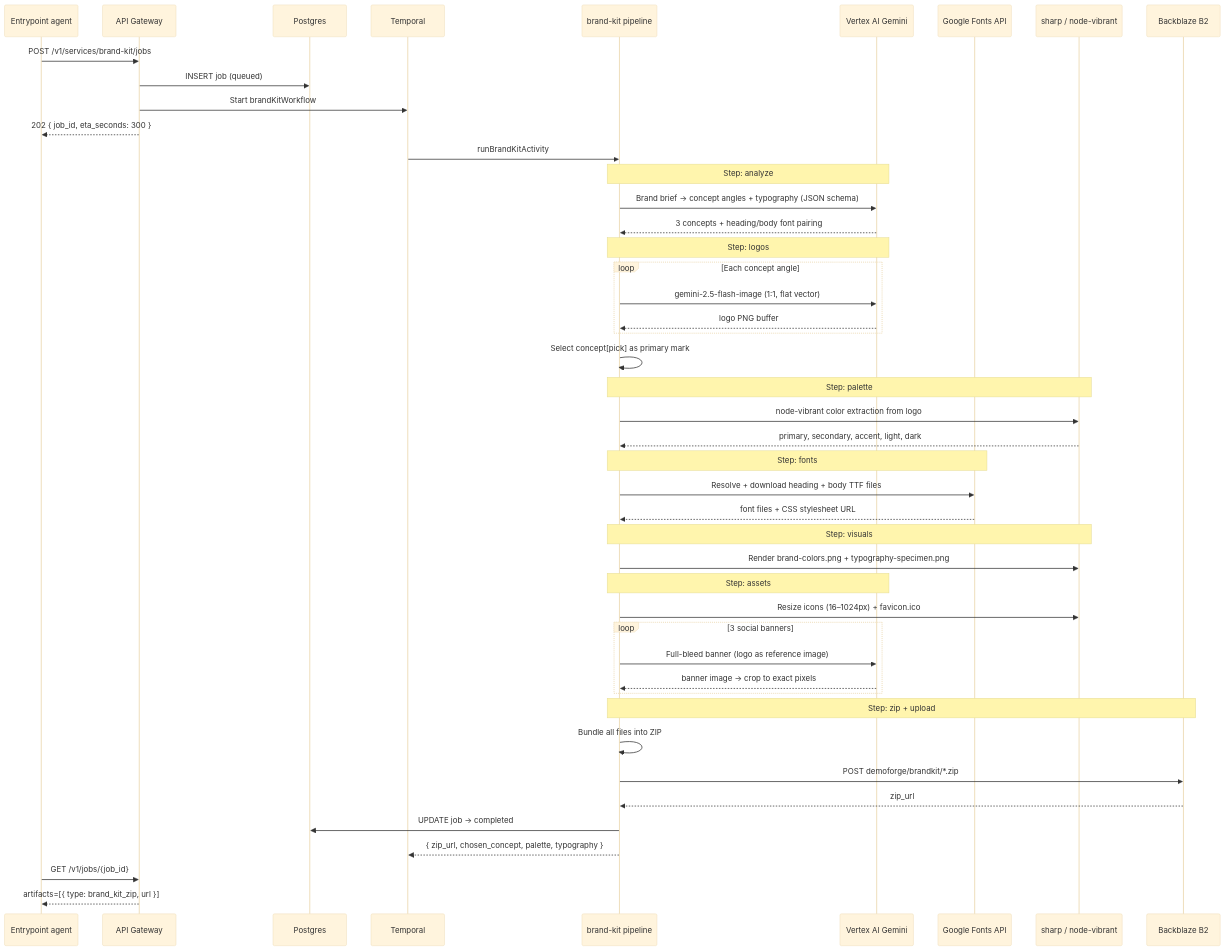
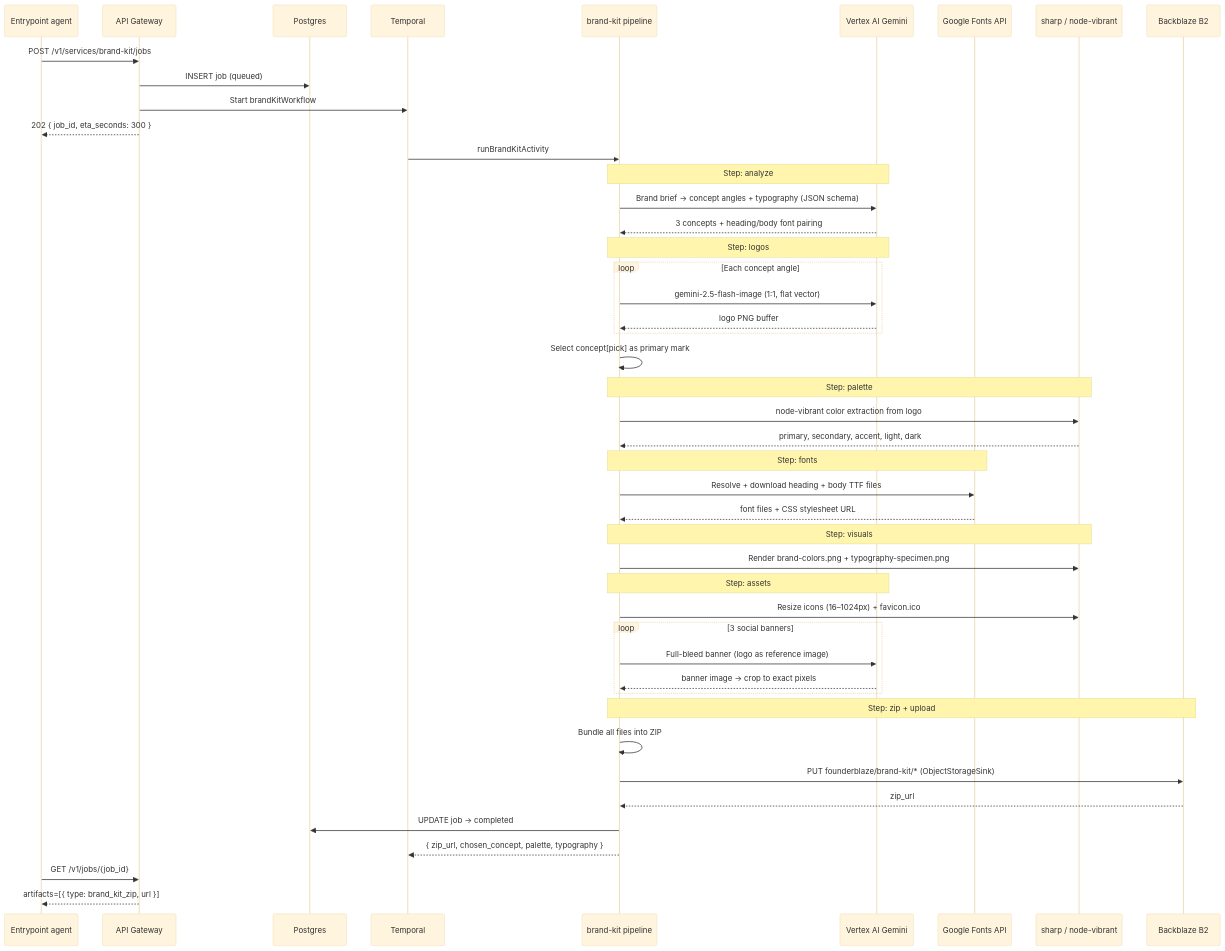
Diagram 13 of 14 in README.md (Marshal-AM/founderblaze), drawn with Mermaid (base theme) before and after one commit. The commit also changed other lines of this file, not shown here.

````diff
--- a/README.md
+++ b/README.md
@@ -3420,60 +3385,60 @@
 ```mermaid
 sequenceDiagram
     participant Agent as Calling Agent
     participant GW as API Gateway
     participant Agent as Entrypoint agent
     participant DB as Postgres
     participant T as Temporal
     participant BK as brand-kit pipeline
     participant Vertex as Vertex AI Gemini
     participant GF as Google Fonts API
     participant Sharp as sharp / node-vibrant
     participant SB as Backblaze B2
 
     Agent->>GW: POST /v1/services/brand-kit/jobs
         GW->>DB: INSERT job (queued)
     GW->>T: Start brandKitWorkflow
     GW-->>Agent: 202 { job_id, eta_seconds: 300 }
 
     T->>BK: runBrandKitActivity
 
     Note over BK,Vertex: Step: analyze
     BK->>Vertex: Brand brief → concept angles + typography (JSON schema)
     Vertex-->>BK: 3 concepts + heading/body font pairing
 
     Note over BK,Vertex: Step: logos
     loop Each concept angle
         BK->>Vertex: gemini-2.5-flash-image (1:1, flat vector)
         Vertex-->>BK: logo PNG buffer
     end
     BK->>BK: Select concept[pick] as primary mark
 
     Note over BK,Sharp: Step: palette
     BK->>Sharp: node-vibrant color extraction from logo
     Sharp-->>BK: primary, secondary, accent, light, dark
 
     Note over BK,GF: Step: fonts
     BK->>GF: Resolve + download heading + body TTF files
     GF-->>BK: font files + CSS stylesheet URL
 
     Note over BK,Sharp: Step: visuals
     BK->>Sharp: Render brand-colors.png + typography-specimen.png
 
     Note over BK,Vertex: Step: assets
     BK->>Sharp: Resize icons (16–1024px) + favicon.ico
     loop 3 social banners
         BK->>Vertex: Full-bleed banner (logo as reference image)
         Vertex-->>BK: banner image → crop to exact pixels
     end
 
     Note over BK,SB: Step: zip + upload
     BK->>BK: Bundle all files into ZIP
-    BK->>SB: POST demoforge/brandkit/*.zip
+    BK->>SB: PUT founderblaze/brand-kit/* (ObjectStorageSink)
     SB-->>BK: zip_url
 
     BK->>DB: UPDATE job → completed
     BK-->>T: { zip_url, chosen_concept, palette, typography }
 
     Agent->>GW: GET /v1/jobs/{job_id}
     GW-->>Agent: artifacts=[{ type: brand_kit_zip, url }]
 ```
````
